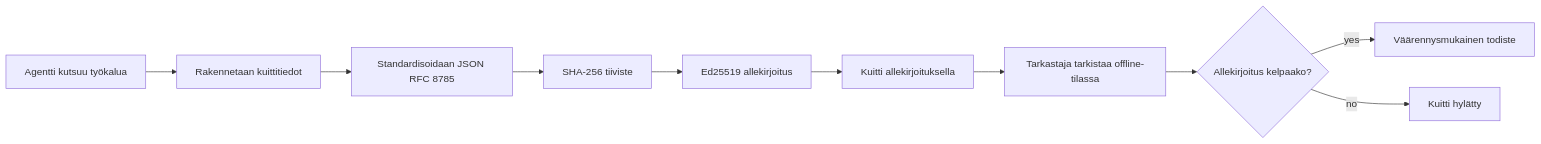
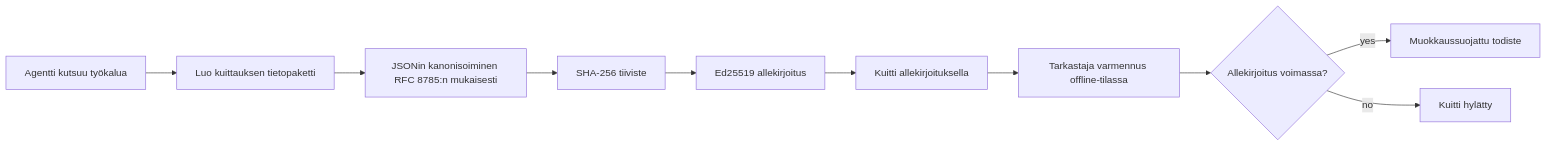
The first of 2 diagrams in translations/fi/18-securing-ai-agents/README.md (microsoft/ai-agents-for-beginners), drawn with Mermaid before and after one commit. The commit also changed other lines of this file and 224 other files, not shown here.

````diff
--- a/translations/fi/18-securing-ai-agents/README.md
+++ b/translations/fi/18-securing-ai-agents/README.md
@@ -51,12 +51,12 @@
 ```mermaid
 flowchart LR
-    A[Agentti kutsuu työkalua] --> B[Rakennetaan kuittitiedot]
-    B --> C[Standardisoidaan JSON RFC 8785]
+    A[Agentti kutsuu työkalua] --> B[Luo kuittauksen tietopaketti]
+    B --> C[JSONin kanonisoiminen RFC 8785:n mukaisesti]
     C --> D[SHA-256 tiiviste]
     D --> E[Ed25519 allekirjoitus]
     E --> F[Kuitti allekirjoituksella]
-    F --> G[Tarkastaja tarkistaa offline-tilassa]
-    G --> H{Allekirjoitus kelpaako?}
-    H -- yes --> I[Väärennysmukainen todiste]
+    F --> G[Tarkastaja varmennus offline-tilassa]
+    G --> H{Allekirjoitus voimassa?}
+    H -- yes --> I[Muokkaussuojattu todiste]
     H -- no --> J[Kuitti hylätty]
 ```
````
